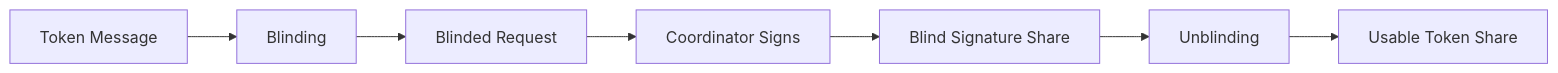
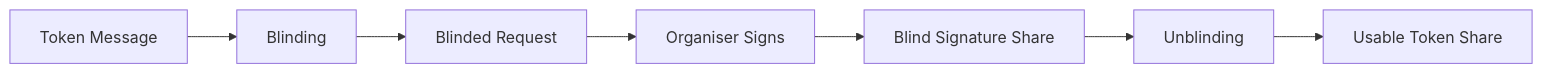
Before and after one commit to tidley/auditable-voting: the fourth of 8 diagrams in docs/technical-protocol-note.md, drawn with Mermaid. The commit also changed other lines of this file and 35 other files, not shown here.

````diff
--- a/docs/technical-protocol-note.md
+++ b/docs/technical-protocol-note.md
@@ -434,12 +434,12 @@
 ```mermaid
 flowchart LR
   M[Token Message]
   B[Blinding]
   BR[Blinded Request]
-  S[Coordinator Signs]
+  S[Organiser Signs]
   BS[Blind Signature Share]
   U[Unblinding]
   T[Usable Token Share]
 
   M --> B --> BR --> S --> BS --> U --> T
 ```
````
